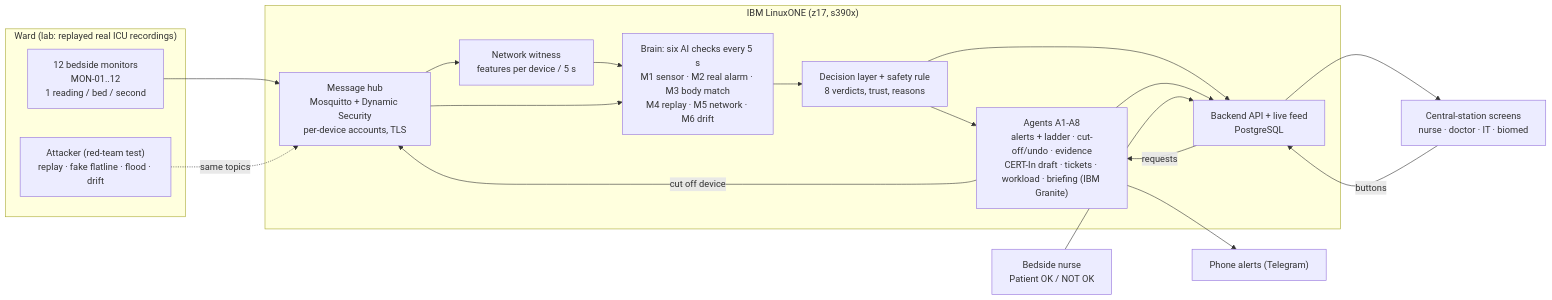
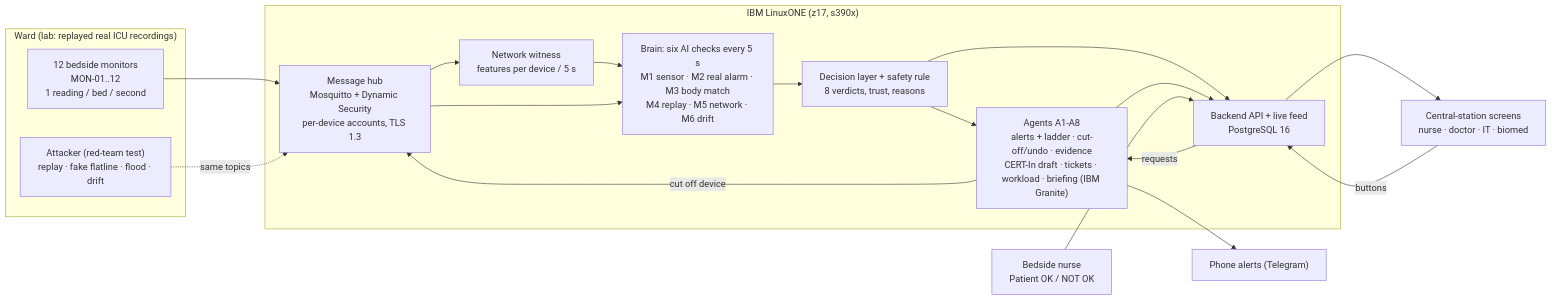
One commit to adityasinghin01-hash/sentinelward changed the diagram in docs/ARCHITECTURE.md. Above: the diagram before and after it, drawn with Mermaid. The commit also changed other lines of this file, not shown here.

Commit message:
Architecture: fix facts (alarms never silenced, cut-off after 20 s or at once on BOTH, TLS 1.3, PostgreSQL 16, precedence)

````diff
--- a/docs/ARCHITECTURE.md
+++ b/docs/ARCHITECTURE.md
@@ -5,34 +5,34 @@
 ```mermaid
 flowchart LR
   subgraph Ward["Ward (lab: replayed real ICU recordings)"]
     M["12 bedside monitors<br/>MON-01..12<br/>1 reading / bed / second"]
     X["Attacker (red-team test)<br/>replay · fake flatline · flood · drift"]
   end
 
   subgraph L1["IBM LinuxONE (z17, s390x)"]
-    H["Message hub<br/>Mosquitto + Dynamic Security<br/>per-device accounts, TLS"]
+    H["Message hub<br/>Mosquitto + Dynamic Security<br/>per-device accounts, TLS 1.3"]
     E["Network witness<br/>features per device / 5 s"]
     B["Brain: six AI checks every 5 s<br/>M1 sensor · M2 real alarm · M3 body match<br/>M4 replay · M5 network · M6 drift"]
     D["Decision layer + safety rule<br/>8 verdicts, trust, reasons"]
     A["Agents A1-A8<br/>alerts + ladder · cut-off/undo · evidence<br/>CERT-In draft · tickets · workload · briefing (IBM Granite)"]
-    API["Backend API + live feed<br/>PostgreSQL"]
+    API["Backend API + live feed<br/>PostgreSQL 16"]
   end
 
   N["Central-station screens<br/>nurse · doctor · IT · biomed"]
   P["Phone alerts (Telegram)"]
   R["Bedside nurse<br/>Patient OK / NOT OK"]
 
   M --> H
   X -. same topics .-> H
   H --> E --> B
   H --> B --> D
   D --> A
   D --> API
   A --> API
   A -- cut off device --> H
   A --> P
   API --> N
   N -- buttons --> API
   R --> API
   API -- requests --> A
 ```
````
